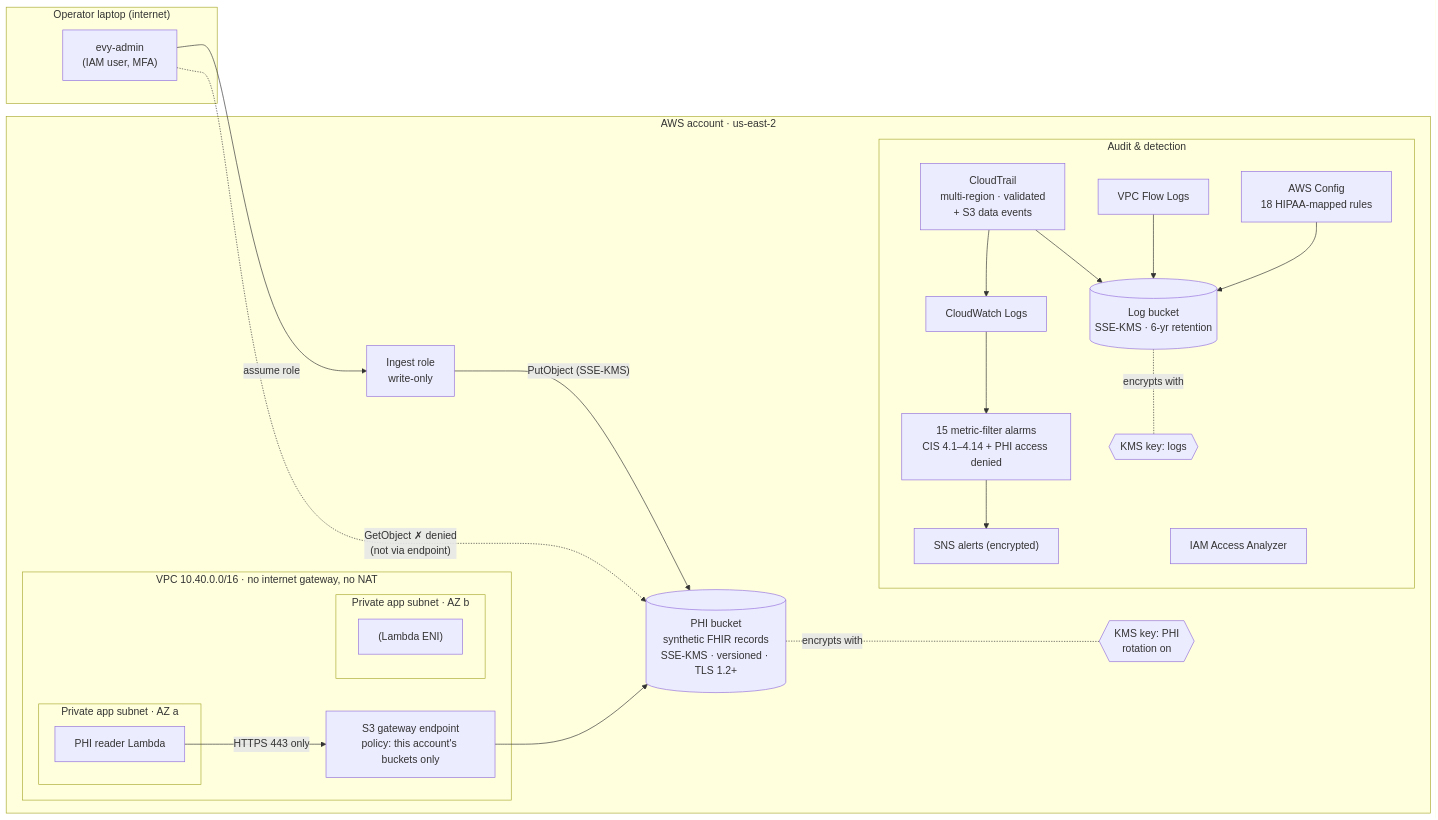
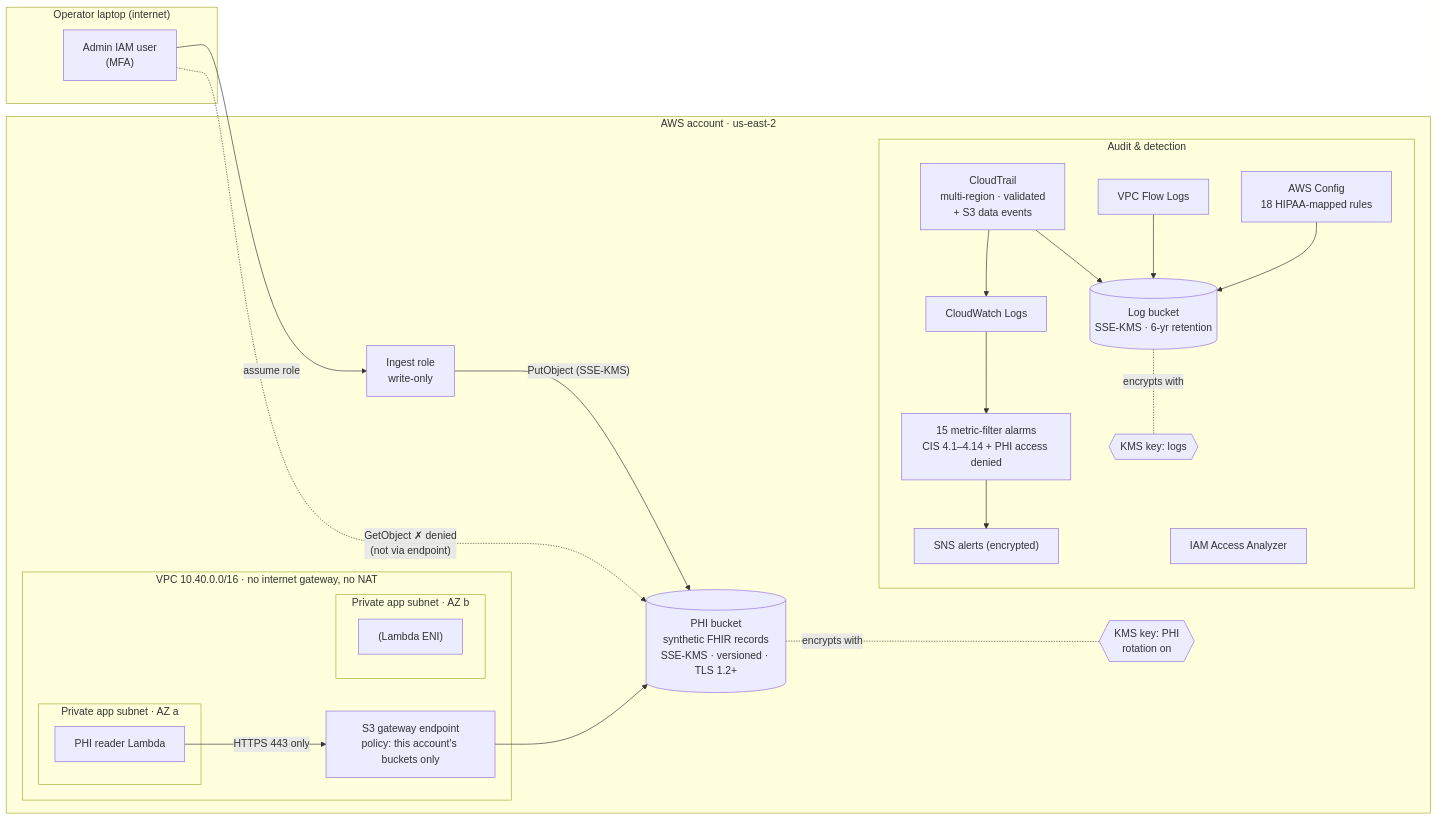
Before and after one commit to errorstatle404/hipaa-cloud-reference: the diagram in docs/architecture.md, drawn with Mermaid. The commit also changed 5 other files, not shown here.

````diff
--- a/docs/architecture.md
+++ b/docs/architecture.md
@@ -3,45 +3,45 @@
 ```mermaid
 flowchart LR
   subgraph laptop["Operator laptop (internet)"]
-    admin["evy-admin<br/>(IAM user, MFA)"]
+    admin["Admin IAM user<br/>(MFA)"]
   end
 
   subgraph aws["AWS account · us-east-2"]
     subgraph vpc["VPC 10.40.0.0/16 · no internet gateway, no NAT"]
       subgraph azA["Private app subnet · AZ a"]
         lambdaA["PHI reader Lambda"]
       end
       subgraph azB["Private app subnet · AZ b"]
         lambdaB["(Lambda ENI)"]
       end
       vpce["S3 gateway endpoint<br/>policy: this account's buckets only"]
     end
 
     ingest["Ingest role<br/>write-only"]
     phi[("PHI bucket<br/>synthetic FHIR records<br/>SSE-KMS · versioned · TLS 1.2+")]
     dataKey{{"KMS key: PHI<br/>rotation on"}}
 
     subgraph audit["Audit & detection"]
       trail["CloudTrail<br/>multi-region · validated<br/>+ S3 data events"]
       logs[("Log bucket<br/>SSE-KMS · 6-yr retention")]
       logsKey{{"KMS key: logs"}}
       cwl["CloudWatch Logs"]
       alarms["15 metric-filter alarms<br/>CIS 4.1–4.14 + PHI access denied"]
       sns["SNS alerts (encrypted)"]
       config["AWS Config<br/>18 HIPAA-mapped rules"]
       flow["VPC Flow Logs"]
       aa["IAM Access Analyzer"]
     end
   end
 
   admin -- "assume role" --> ingest
   ingest -- "PutObject (SSE-KMS)" --> phi
   admin -. "GetObject ✗ denied<br/>(not via endpoint)" .-> phi
   lambdaA -- "HTTPS 443 only" --> vpce --> phi
   phi -. encrypts with .- dataKey
   trail --> logs
   trail --> cwl --> alarms --> sns
   flow --> logs
   config --> logs
   logs -. encrypts with .- logsKey
 ```
````
